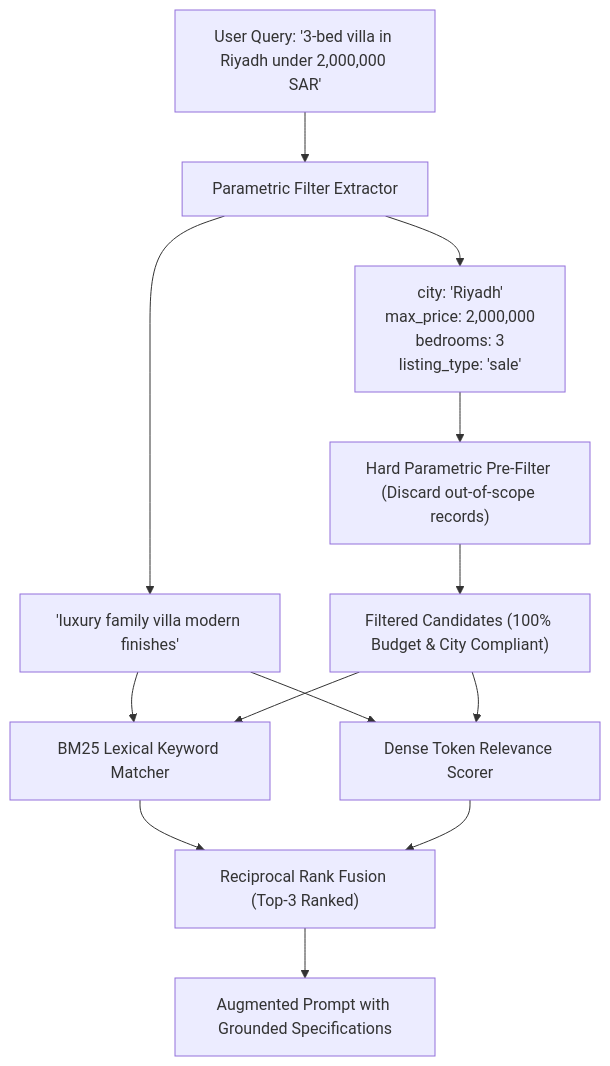
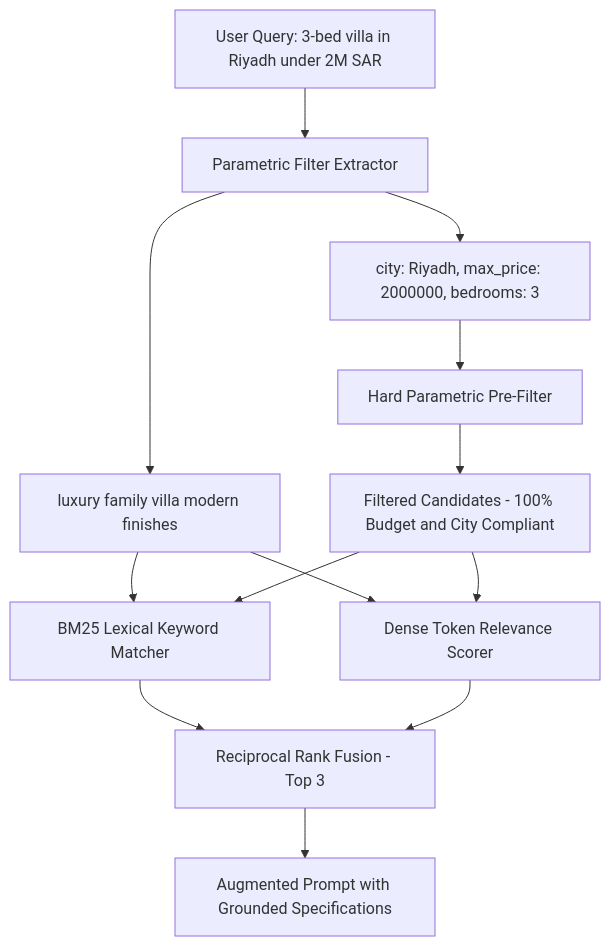
Before and after one commit to jackyToras/darglobal-ai: the fourth of 6 diagrams in DESIGN.md, drawn with Mermaid. The commit also changed other lines of this file, not shown here.

Commit message:
sanitize Mermaid diagram labels and characters for seamless GitHub markdown rendering

````diff
--- a/DESIGN.md
+++ b/DESIGN.md
@@ -147,17 +154,19 @@
 ```mermaid
 flowchart TD
-    UserQuery["User Query: '3-bed villa in Riyadh under 2,000,000 SAR'"] --> IntentExtract["Parametric Filter Extractor"]
+    UserQuery["User Query: 3-bed villa in Riyadh under 2M SAR"] --> IntentExtract["Parametric Filter Extractor"]
     
-    IntentExtract --> ExactCriteria["city: 'Riyadh'<br>max_price: 2,000,000<br>bedrooms: 3<br>listing_type: 'sale'"]
-    IntentExtract --> SemanticQuery["'luxury family villa modern finishes'"]
+    IntentExtract --> ExactCriteria["city: Riyadh, max_price: 2000000, bedrooms: 3"]
+    IntentExtract --> SemanticQuery["luxury family villa modern finishes"]
 
-    ExactCriteria --> PreFilter["Hard Parametric Pre-Filter (Discard out-of-scope records)"]
-    PreFilter --> FilteredSubset["Filtered Candidates (100% Budget & City Compliant)"]
+    ExactCriteria --> PreFilter["Hard Parametric Pre-Filter"]
+    PreFilter --> FilteredSubset["Filtered Candidates - 100% Budget and City Compliant"]
 
     SemanticQuery --> BM25["BM25 Lexical Keyword Matcher"]
     SemanticQuery --> Dense["Dense Token Relevance Scorer"]
 
-    FilteredSubset --> BM25 & Dense
-    BM25 & Dense --> Ranker["Reciprocal Rank Fusion (Top-3 Ranked)"]
+    FilteredSubset --> BM25
+    FilteredSubset --> Dense
+    BM25 --> Ranker["Reciprocal Rank Fusion - Top 3"]
+    Dense --> Ranker
     Ranker --> LLMContext["Augmented Prompt with Grounded Specifications"]
 ```
````
